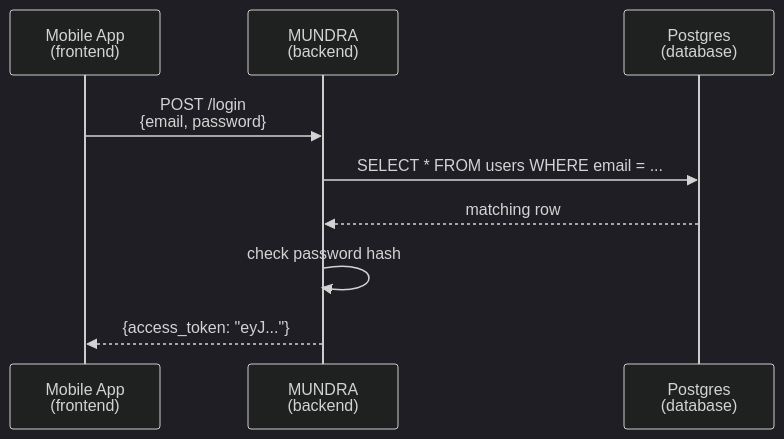
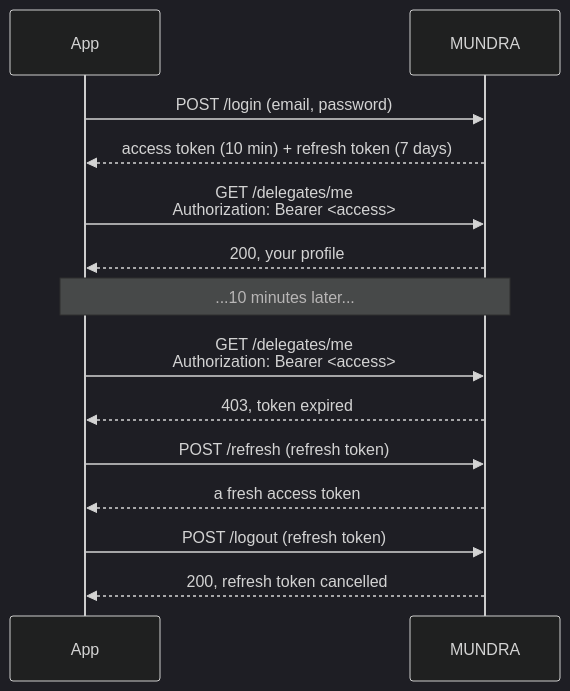
The diagram in README.md (Samarthpande1510/backend_101), drawn with Mermaid (dark theme) before and after one commit. The commit also changed other lines of this file and 1 other file, not shown here.

Commit message:
Add Part 2 MUNDRA API guide as README, move Part 1 to its own file

````diff
--- a/README.md
+++ b/README.md
@@ -46,12 +514,22 @@
 ```mermaid
 sequenceDiagram
-    participant App as Mobile App<br/>(frontend)
-    participant API as MUNDRA<br/>(backend)
-    participant DB as Postgres<br/>(database)
+    participant App
+    participant API as MUNDRA
 
-    App->>API: POST /login<br/>{email, password}
-    API->>DB: SELECT * FROM users WHERE email = ...
-    DB-->>API: matching row
-    API->>API: check password hash
-    API-->>App: {access_token: "eyJ..."}
+    App->>API: POST /login (email, password)
+    API-->>App: access token (10 min) + refresh token (7 days)
+
+    App->>API: GET /delegates/me<br/>Authorization: Bearer <access>
+    API-->>App: 200, your profile
+
+    Note over App,API: ...10 minutes later...
+
+    App->>API: GET /delegates/me<br/>Authorization: Bearer <access>
+    API-->>App: 403, token expired
+
+    App->>API: POST /refresh (refresh token)
+    API-->>App: a fresh access token
+
+    App->>API: POST /logout (refresh token)
+    API-->>App: 200, refresh token cancelled
 ```
````
